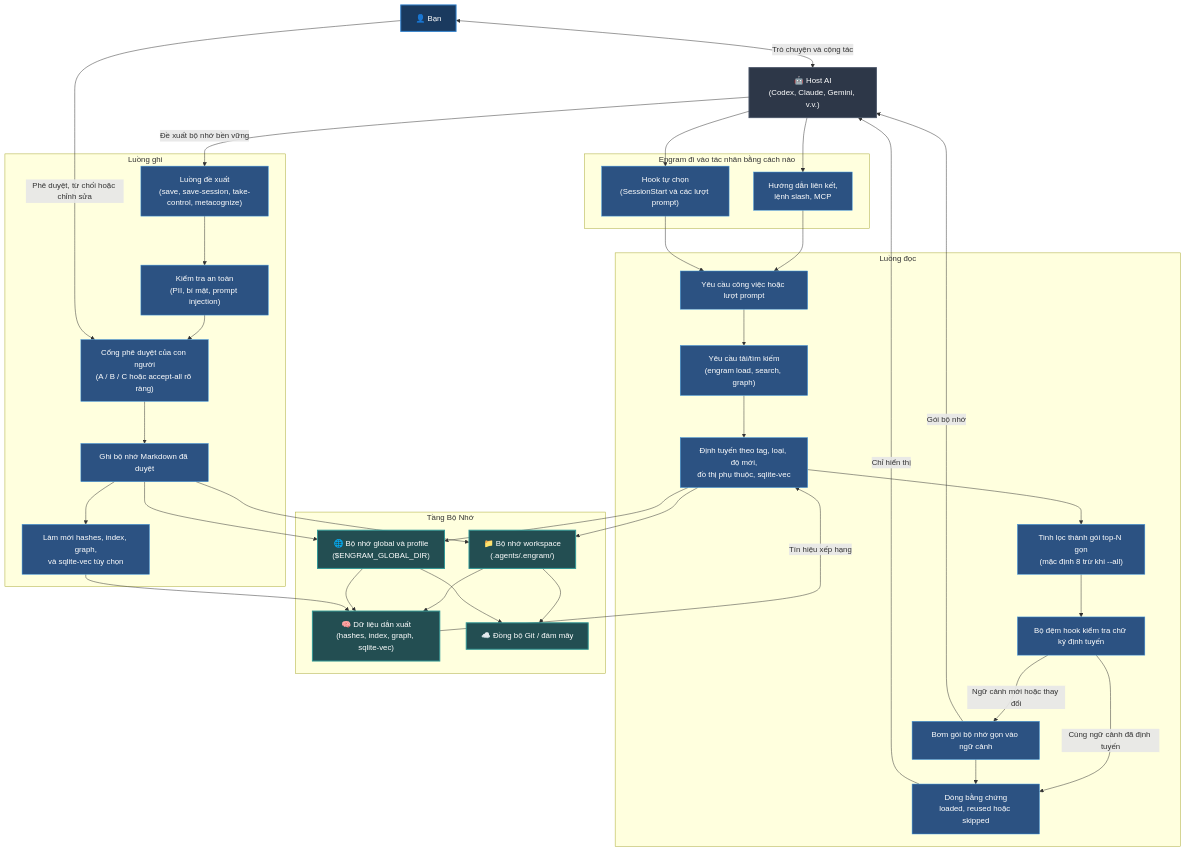
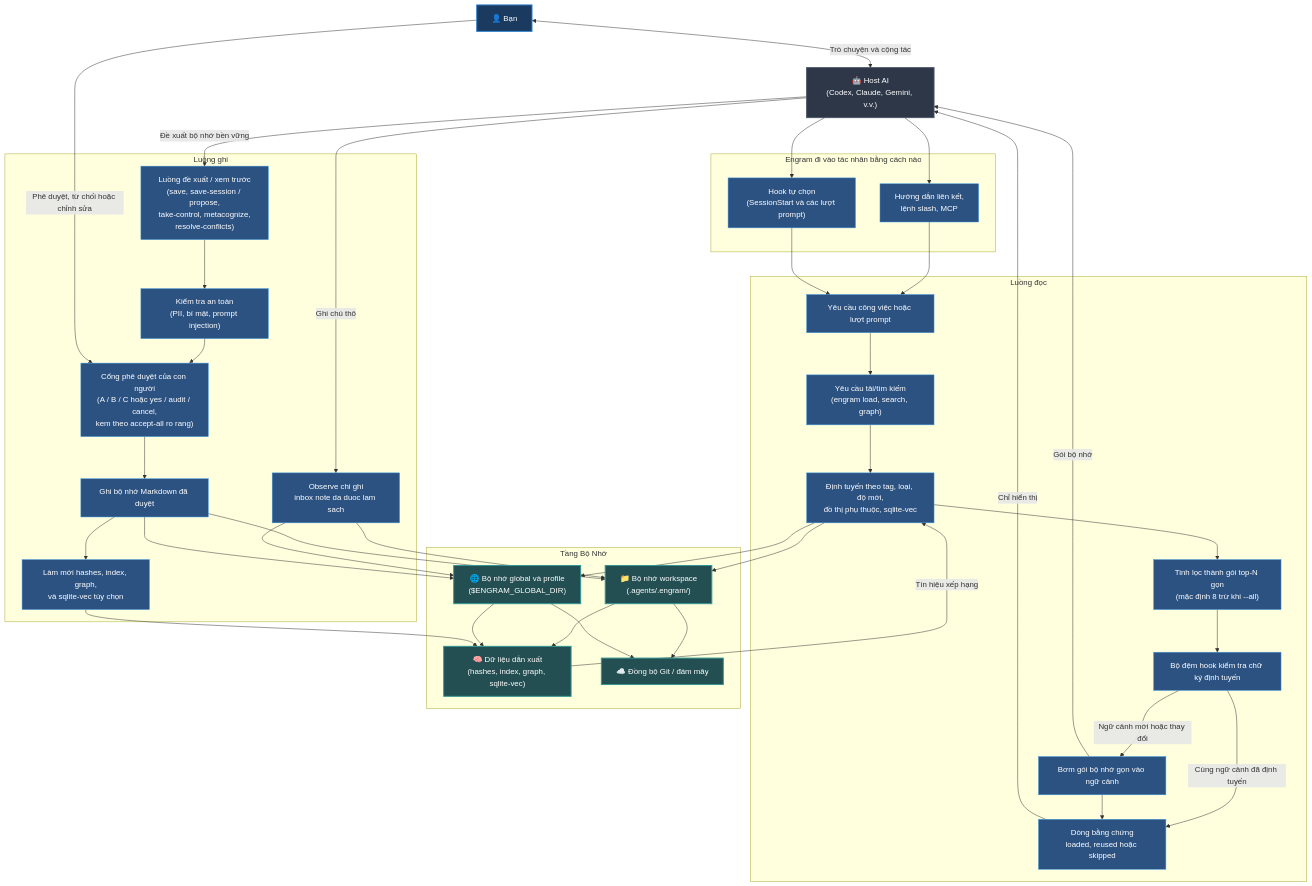
One commit to the-long-ride/engram changed the first of 3 diagrams in documentation/vi/README.md. Above: the diagram before and after it, drawn with Mermaid. The commit also changed other lines of this file and 8 other files, not shown here.

Commit message:
docs(engram): add architecture diagrams

````diff
--- a/documentation/vi/README.md
+++ b/documentation/vi/README.md
@@ -32,71 +32,75 @@
 ```mermaid
 graph TD
     classDef human fill:#1a3a5f,stroke:#3182ce,stroke-width:2px,color:#fff;
     classDef agent fill:#2d3748,stroke:#4a5568,stroke-width:2px,color:#fff;
     classDef storage fill:#234e52,stroke:#319795,stroke-width:2px,color:#fff;
     classDef action fill:#2c5282,stroke:#4299e1,stroke-width:1px,color:#fff;
 
     User["👤 Bạn"]:::human
     AI["🤖 Host AI\n(Codex, Claude, Gemini, v.v.)"]:::agent
 
     subgraph Entry ["Engram đi vào tác nhân bằng cách nào"]
         Links["Hướng dẫn liên kết,\nlệnh slash, MCP"]:::action
         Hooks["Hook tự chọn\n(SessionStart và các lượt prompt)"]:::action
     end
 
     subgraph Read ["Luồng đọc"]
         Trigger["Yêu cầu công việc hoặc lượt prompt"]:::action
         Load["Yêu cầu tải/tìm kiếm\n(engram load, search, graph)"]:::action
         Route["Định tuyến theo tag, loại, độ mới,\nđồ thị phụ thuộc, sqlite-vec"]:::action
         Refine["Tinh lọc thành gói top-N gọn\n(mặc định 8 trừ khi --all)"]:::action
         Cache["Bộ đệm hook kiểm tra chữ ký định tuyến"]:::action
         Inject["Bơm gói bộ nhớ gọn vào ngữ cảnh"]:::action
         Proof["Dòng bằng chứng\nloaded, reused hoặc skipped"]:::action
     end
 
     subgraph Write ["Luồng ghi"]
-        Proposal["Luồng đề xuất\n(save, save-session, take-control, metacognize)"]:::action
+        Proposal["Luồng đề xuất / xem trước\n(save, save-session / propose,\ntake-control, metacognize,\nresolve-conflicts)"]:::action
+        Observe["Observe chi ghi\ninbox note da duoc lam sach"]:::action
         Scan["Kiểm tra an toàn\n(PII, bí mật, prompt injection)"]:::action
-        Review["Cổng phê duyệt của con người\n(A / B / C hoặc accept-all rõ ràng)"]:::action
+        Review["Cổng phê duyệt của con người\n(A / B / C hoặc yes / audit / cancel,\nkem theo accept-all ro rang)"]:::action
         Persist["Ghi bộ nhớ Markdown đã duyệt"]:::action
         Rebuild["Làm mới hashes, index, graph,\nvà sqlite-vec tùy chọn"]:::action
     end
 
     subgraph Memory ["Tầng Bộ Nhớ"]
         Workspace["📁 Bộ nhớ workspace\n(.agents/.engram/)"]:::storage
         Global["🌐 Bộ nhớ global và profile\n($ENGRAM_GLOBAL_DIR)"]:::storage
         Derived["🧠 Dữ liệu dẫn xuất\n(hashes, index, graph, sqlite-vec)"]:::storage
         Sync["☁️ Đồng bộ Git / đám mây"]:::storage
     end
 
     User <-->|Trò chuyện và cộng tác| AI
     AI --> Links
     AI --> Hooks
     Links --> Trigger
     Hooks --> Trigger
     Trigger --> Load
     Load --> Route
     Route --> Workspace
     Route --> Global
     Workspace --> Derived
     Global --> Derived
     Derived -->|Tín hiệu xếp hạng| Route
     Route --> Refine
     Refine --> Cache
     Cache -->|Ngữ cảnh mới hoặc thay đổi| Inject
     Cache -->|Cùng ngữ cảnh đã định tuyến| Proof
     Inject -->|Gói bộ nhớ| AI
     Inject --> Proof
     Proof -->|Chỉ hiển thị| AI
     AI -->|Đề xuất bộ nhớ bền vững| Proposal
+    AI -->|Ghi chú thô| Observe
     Proposal --> Scan
     Scan --> Review
     User -->|Phê duyệt, từ chối hoặc chỉnh sửa| Review
     Review --> Persist
+    Observe --> Workspace
+    Observe --> Global
     Persist --> Workspace
     Persist --> Global
     Persist --> Rebuild
     Rebuild --> Derived
     Workspace --> Sync
     Global --> Sync
 ```
````
